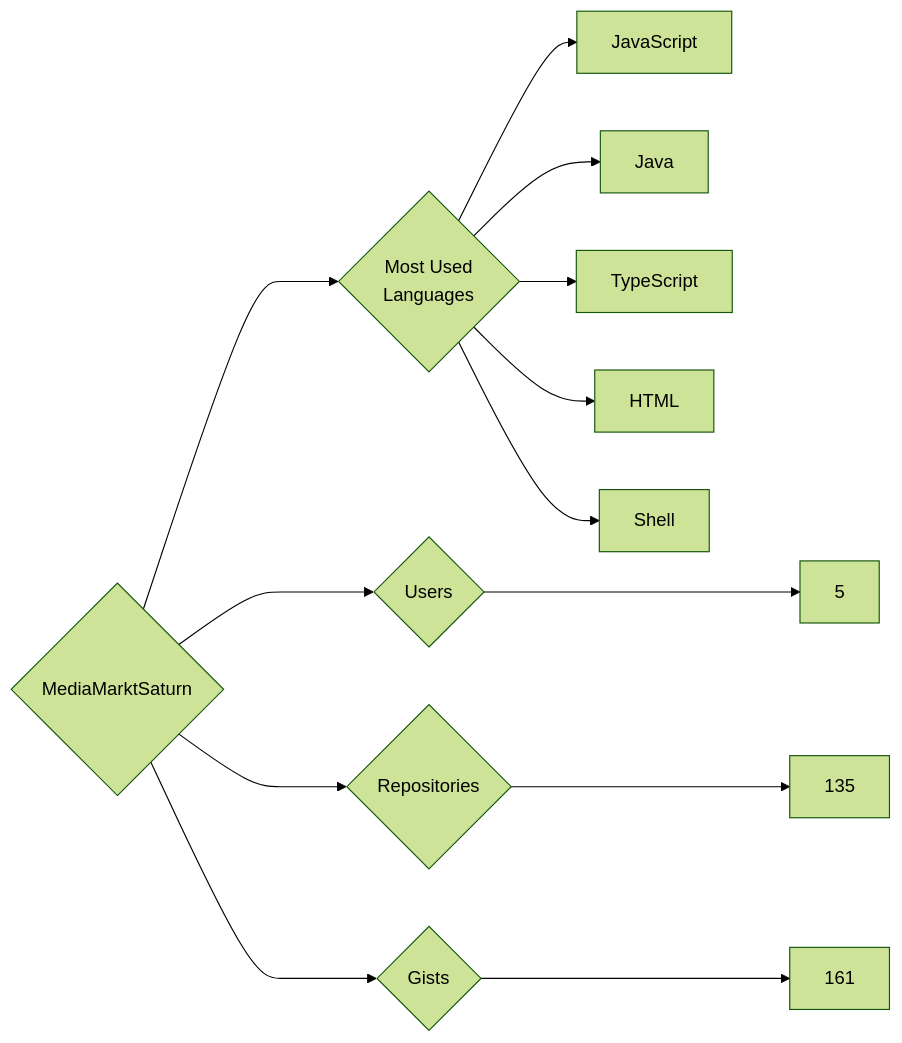
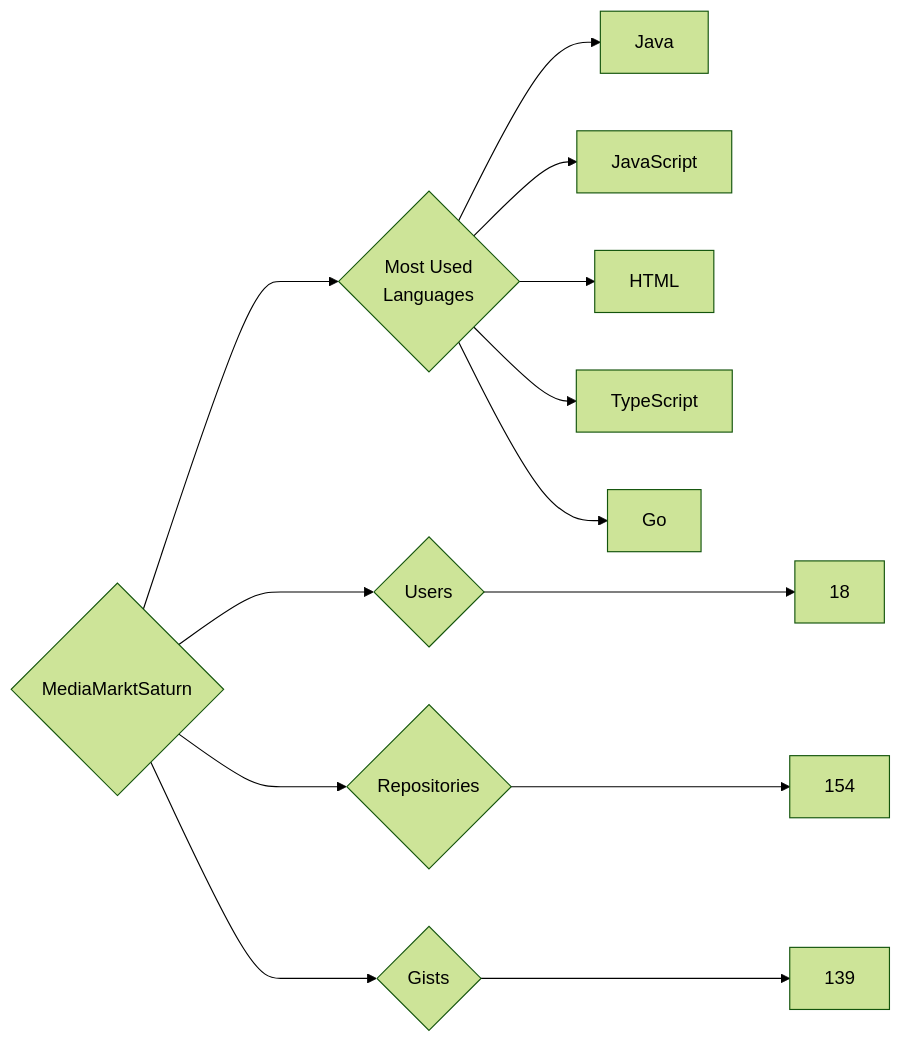
One commit to trickest/insiders changed the diagram in targets/MediaMarktSaturn/README.md. Above: the diagram before and after it, drawn with Mermaid (forest theme). The commit also changed 964 other files, not shown here.

````diff
--- a/targets/MediaMarktSaturn/README.md
+++ b/targets/MediaMarktSaturn/README.md
@@ -3,13 +3,13 @@
 ```mermaid
 graph LR
 COMPANY_NAME{MediaMarktSaturn}
-COMPANY_NAME ---> U{Users} ---> UN[5]
-COMPANY_NAME ---> R{Repositories} ---> RN[135]
-COMPANY_NAME ---> G{Gists} ---> GN[161]
+COMPANY_NAME ---> U{Users} ---> UN[18]
+COMPANY_NAME ---> R{Repositories} ---> RN[154]
+COMPANY_NAME ---> G{Gists} ---> GN[139]
 COMPANY_NAME ---> ML{Most Used<br>Languages}
+ML --> Java[Java]
 ML --> JavaScript[JavaScript]
-ML --> Java[Java]
+ML --> HTML[HTML]
 ML --> TypeScript[TypeScript]
-ML --> HTML[HTML]
-ML --> Shell[Shell]
+ML --> Go[Go]
 ```
````
